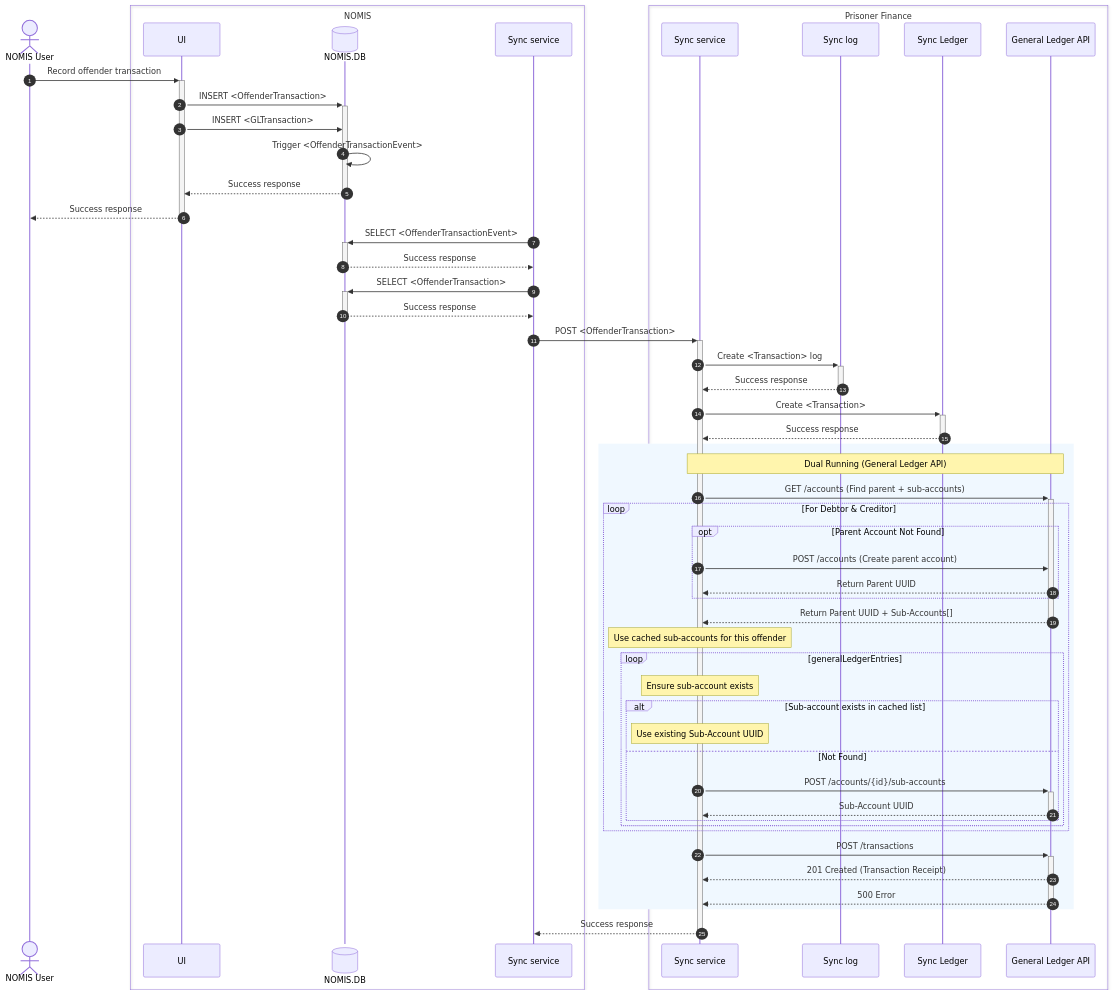
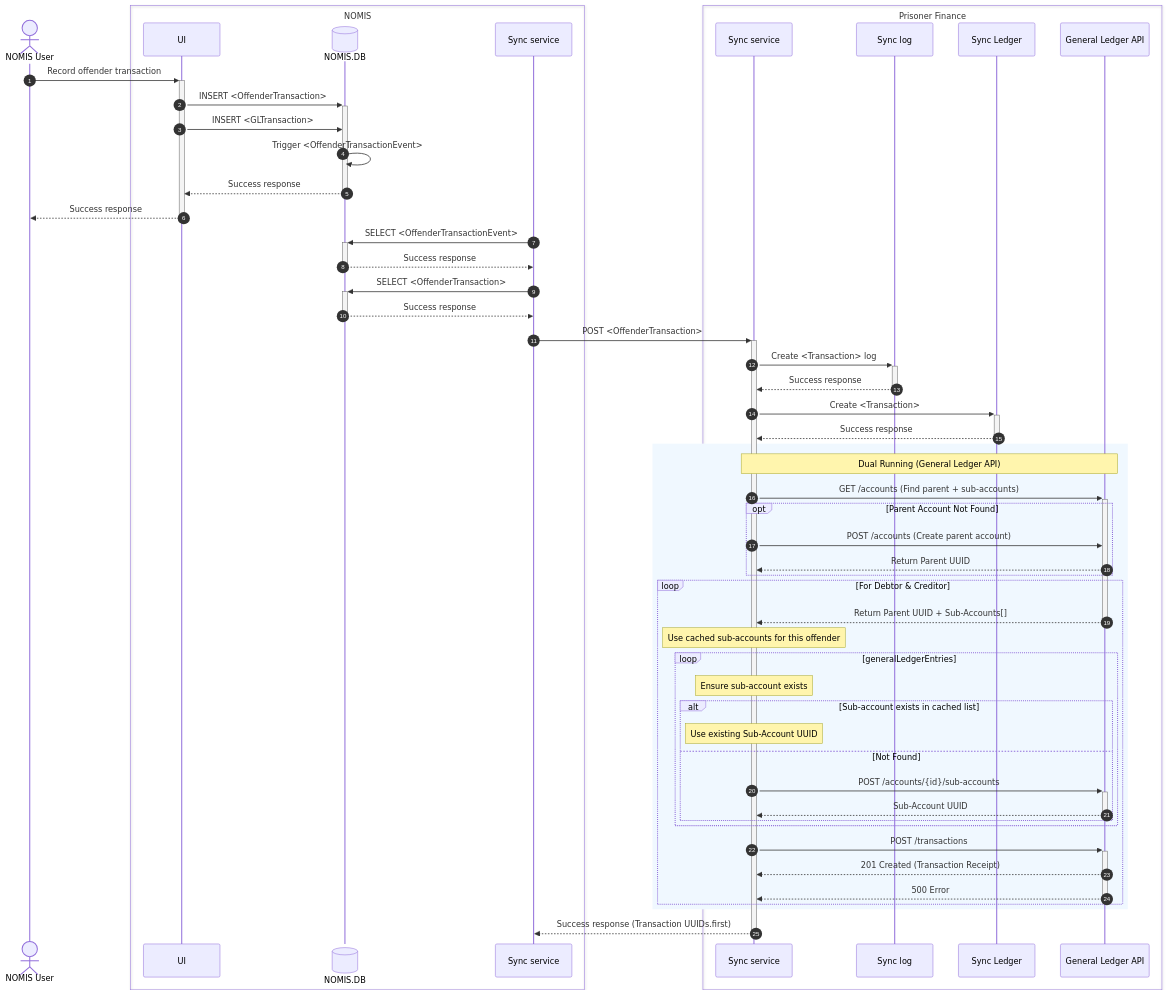
The third of 6 diagrams in docs/architecture/docs/sync-processes.md (ministryofjustice/hmpps-prisoner-finance-sync-api), drawn with Mermaid before and after one commit.

Commit message:
Rejig the flow

````diff
--- a/docs/architecture/docs/sync-processes.md
+++ b/docs/architecture/docs/sync-processes.md
@@ -133,57 +133,75 @@
 ```mermaid
 sequenceDiagram
     actor user as NOMIS User
+
     box NOMIS
         participant NOMIS.UI as UI
         participant NOMIS.DB@{ "type" : "database" }
         participant NOMIS.sync as Sync service
     end
+
     box Prisoner Finance
         participant PF.sync as Sync service
         participant PF.log as Sync log
         participant PF.ledger as Sync Ledger
         participant PF.newGL as General Ledger API
     end
+
     autonumber
+
     user ->>+ NOMIS.UI: Record offender transaction
     NOMIS.UI ->>+ NOMIS.DB: INSERT <OffenderTransaction>
     NOMIS.UI ->> NOMIS.DB: INSERT <GLTransaction>
     NOMIS.DB ->> NOMIS.DB: Trigger <OffenderTransactionEvent>
     NOMIS.DB -->>- NOMIS.UI: Success response
     NOMIS.UI -->>- user: Success response
+
     NOMIS.sync ->>+ NOMIS.DB: SELECT <OffenderTransactionEvent>
     NOMIS.DB -->>- NOMIS.sync: Success response
+
     NOMIS.sync ->>+ NOMIS.DB: SELECT <OffenderTransaction>
     NOMIS.DB -->>- NOMIS.sync: Success response
+
     NOMIS.sync ->>+ PF.sync: POST <OffenderTransaction>
+
     PF.sync ->>+ PF.log: Create <Transaction> log
     PF.log -->>- PF.sync: Success response
+
     PF.sync ->>+ PF.ledger: Create <Transaction>
     PF.ledger -->>- PF.sync: Success response
+
     rect rgb(240, 248, 255)
         note over PF.sync,PF.newGL: Dual Running (General Ledger API)
+
         PF.sync ->>+ PF.newGL: GET /accounts (Find parent + sub-accounts)
+
+        opt Parent Account Not Found
+            PF.sync ->> PF.newGL: POST /accounts (Create parent account)
+            PF.newGL -->> PF.sync: Return Parent UUID
+        end
             loop For Debtor & Creditor
-            
-            opt Parent Account Not Found
-                PF.sync ->> PF.newGL: POST /accounts (Create parent account)
-                PF.newGL -->> PF.sync: Return Parent UUID
-            end
+
             PF.newGL -->>- PF.sync: Return Parent UUID + Sub-Accounts[]
+
             note over PF.sync: Use cached sub-accounts for this offender
+
             loop generalLedgerEntries
+
                 note over PF.sync: Ensure sub-account exists
                 alt Sub-account exists in cached list
                     Note over PF.sync: Use existing Sub-Account UUID
                 else Not Found
                     PF.sync ->>+ PF.newGL: POST /accounts/{id}/sub-accounts
                     PF.newGL -->>- PF.sync: Sub-Account UUID
                 end
+
             end
+
+            PF.sync ->>+ PF.newGL: POST /transactions
+            PF.newGL -->> PF.sync: 201 Created (Transaction Receipt)
+            PF.newGL -->>- PF.sync: 500 Error
         end
-        PF.sync ->>+ PF.newGL: POST /transactions
-        PF.newGL -->> PF.sync: 201 Created (Transaction Receipt)
-        PF.newGL -->>- PF.sync: 500 Error
     end
-    PF.sync -->>- NOMIS.sync: Success response
+
+    PF.sync -->>- NOMIS.sync: Success response (Transaction UUIDs.first)
 ```
````
